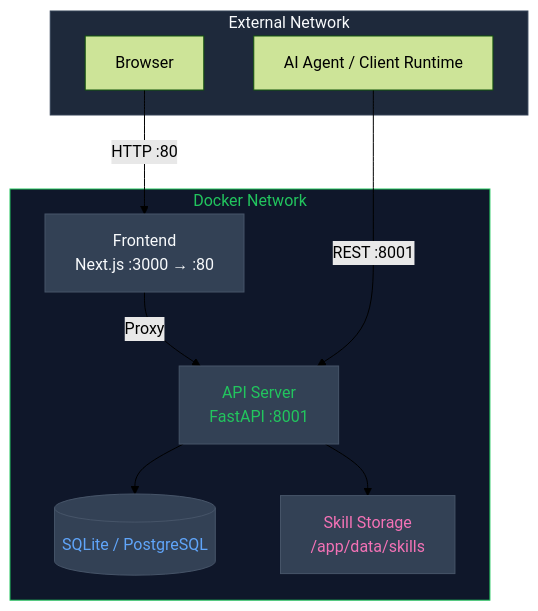
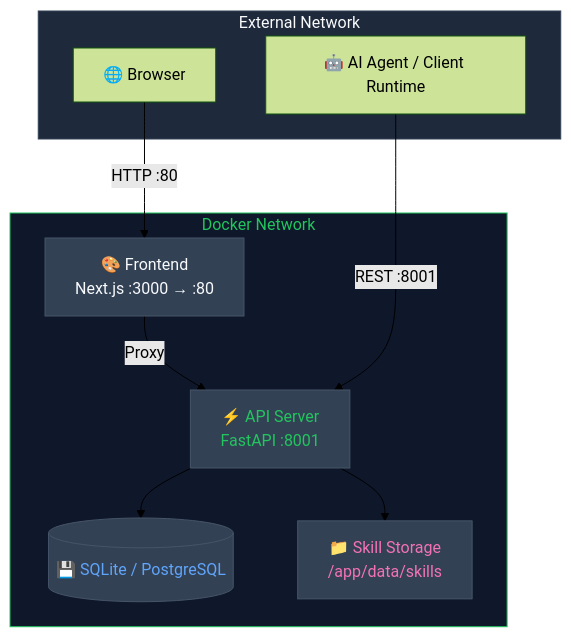
The first of 2 diagrams in README.md (jiabai/open-skillhub), drawn with Mermaid (forest theme) before and after one commit. The commit also changed other lines of this file and 33 other files, not shown here.

````diff
--- a/README.md
+++ b/README.md
@@ -209,27 +285,27 @@
 ```mermaid
 graph TB
     subgraph External["External Network"]
-        Browser["Browser"]
-        AIAgent["AI Agent / Client Runtime"]
+        Browser["🌐 Browser"]
+        AIAgent["🤖 AI Agent / Client Runtime"]
     end
 
     subgraph Docker["Docker Network"]
-        Frontend["Frontend<br/>Next.js :3000 → :80"]
-        API["API Server<br/>FastAPI :8001"]
-        DB[(SQLite / PostgreSQL)]
-        Storage["Skill Storage<br/>/app/data/skills"]
+        Frontend["🎨 Frontend<br/>Next.js :3000 → :80"]
+        API["⚡ API Server<br/>FastAPI :8001"]
+        DB[(💾 SQLite / PostgreSQL)]
+        Storage["📁 Skill Storage<br/>/app/data/skills"]
     end
 
     Browser -->|HTTP :80| Frontend
     Frontend -->|Proxy| API
     AIAgent -->|REST :8001| API
     API --> DB
     API --> Storage
 
     style External fill:#1e293b,stroke:#334155,color:#f8fafc
     style Docker fill:#0f172a,stroke:#22c55e,color:#22c55e
     style Frontend fill:#334155,stroke:#475569,color:#f8fafc
     style API fill:#334155,stroke:#475569,color:#22c55e
     style DB fill:#334155,stroke:#475569,color:#60a5fa
     style Storage fill:#334155,stroke:#475569,color:#f472b6
 ```
````
